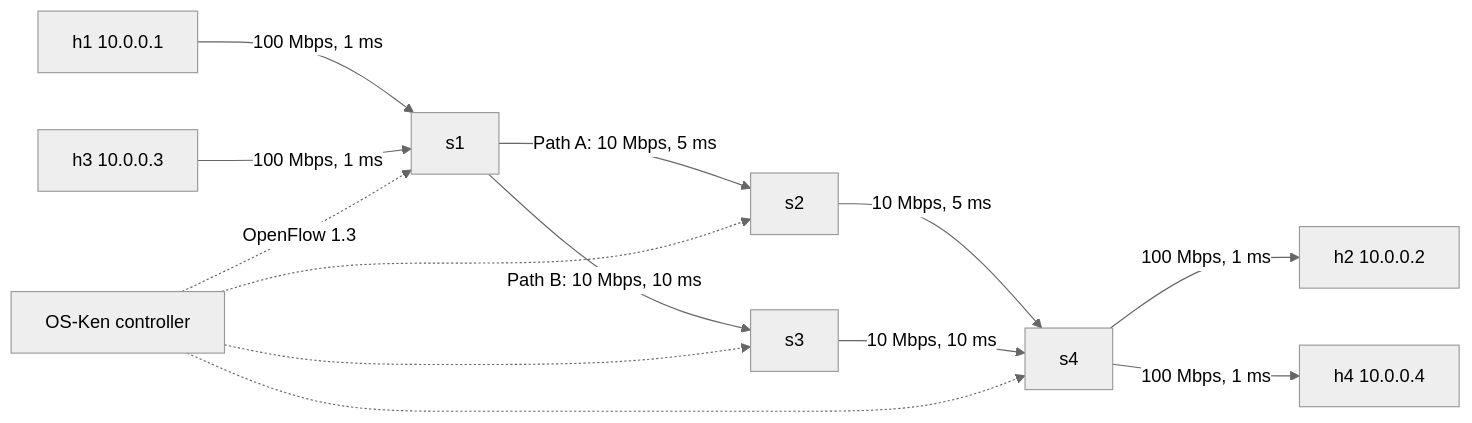
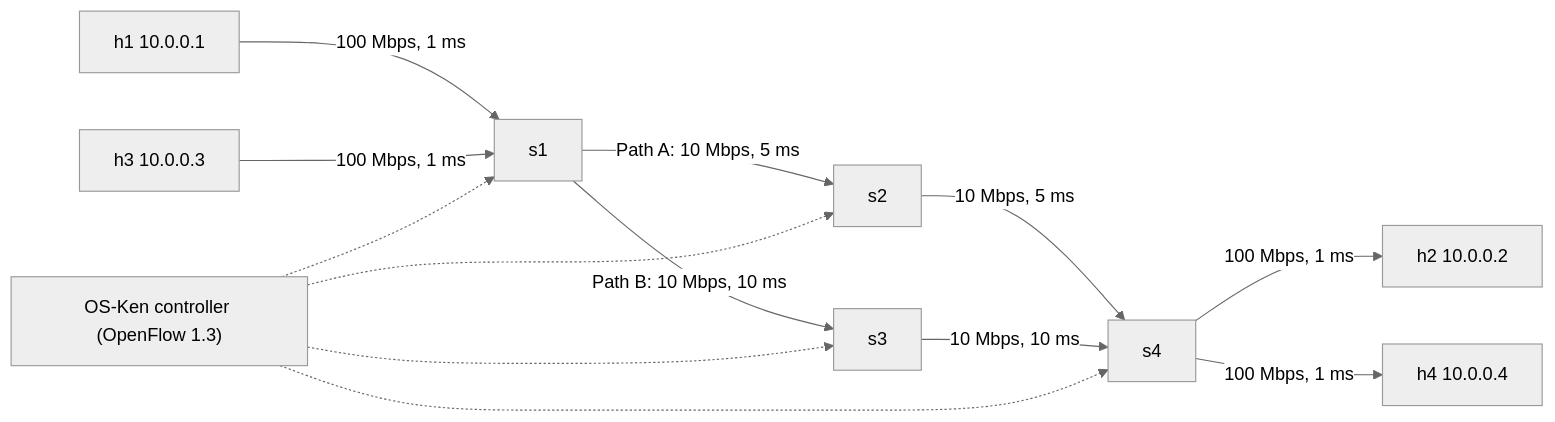
The diagram in README.md (ninjahattori2341/SmartTE), drawn with Mermaid (neutral theme) before and after one commit.

Commit message:
Use compatible Mermaid controller label

```diff
--- a/README.md
+++ b/README.md
@@ -37,15 +37,15 @@
 ~~~mermaid
 flowchart LR
   h1["h1 10.0.0.1"] -->|100 Mbps, 1 ms| s1
   h3["h3 10.0.0.3"] -->|100 Mbps, 1 ms| s1
   s1 -->|Path A: 10 Mbps, 5 ms| s2
   s2 -->|10 Mbps, 5 ms| s4
   s1 -->|Path B: 10 Mbps, 10 ms| s3
   s3 -->|10 Mbps, 10 ms| s4
   s4 -->|100 Mbps, 1 ms| h2["h2 10.0.0.2"]
   s4 -->|100 Mbps, 1 ms| h4["h4 10.0.0.4"]
-  c["OS-Ken controller"] -.->|OpenFlow 1.3| s1
+  c["OS-Ken controller (OpenFlow 1.3)"] -.-> s1
   c -.-> s2
   c -.-> s3
   c -.-> s4
 ~~~
```
